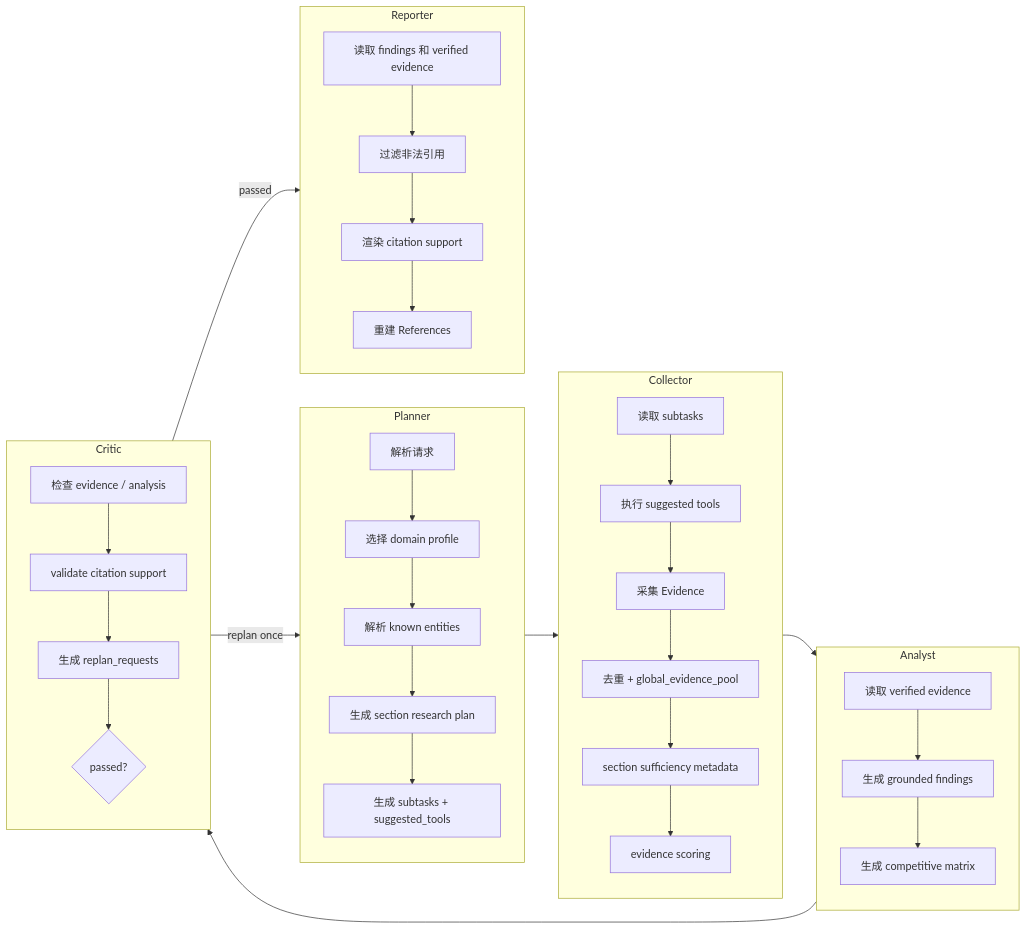
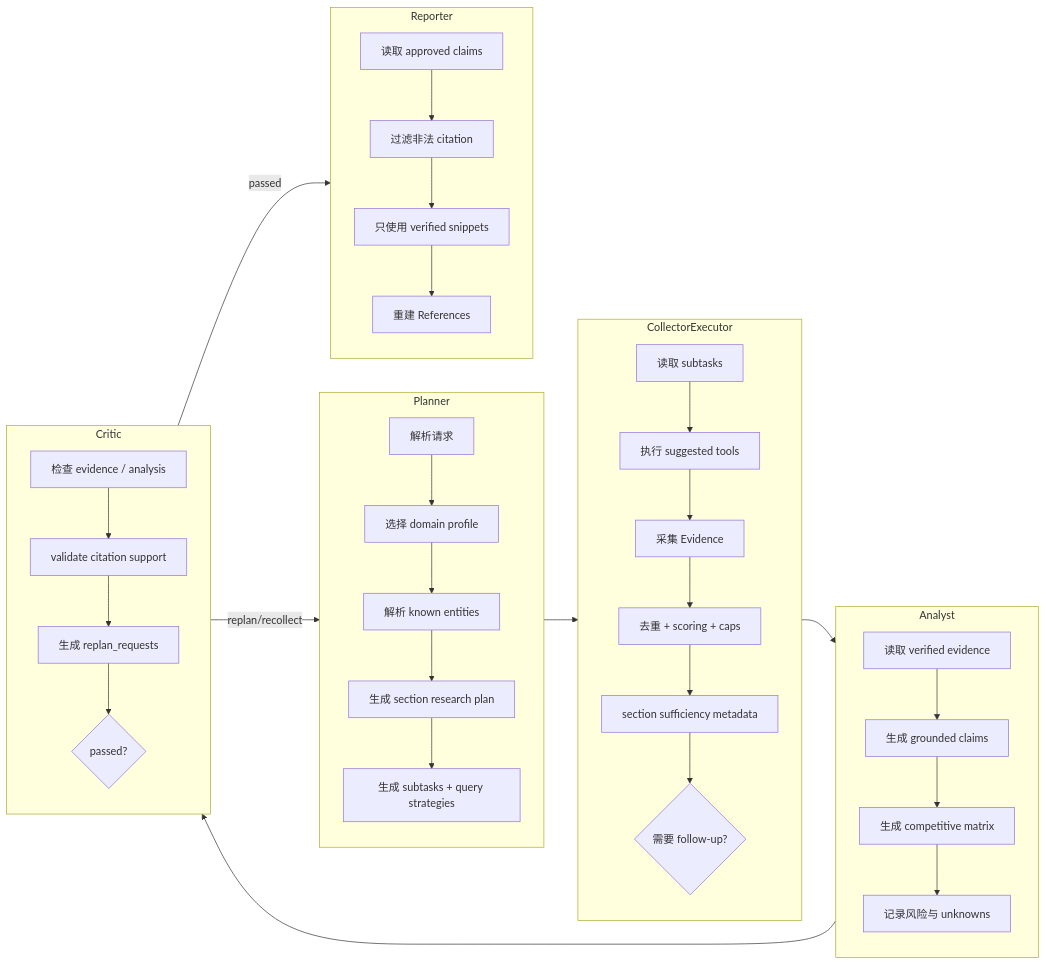
The second of 3 diagrams in README.md (Caser-86/InsightGraph), drawn with Mermaid before and after one commit. The commit also changed other lines of this file and 6 other files, not shown here.

Commit message:
docs: define report quality roadmap

````diff
--- a/README.md
+++ b/README.md
@@ -170,40 +155,41 @@
 ```mermaid
 flowchart LR
     subgraph Planner
         P1[解析请求] --> P2[选择 domain profile]
         P2 --> P3[解析 known entities]
         P3 --> P4[生成 section research plan]
-        P4 --> P5[生成 subtasks + suggested_tools]
+        P4 --> P5[生成 subtasks + query strategies]
     end
 
-    subgraph Collector
+    subgraph CollectorExecutor
         C1[读取 subtasks] --> C2[执行 suggested tools]
         C2 --> C3[采集 Evidence]
-        C3 --> C4[去重 + global_evidence_pool]
+        C3 --> C4[去重 + scoring + caps]
         C4 --> C5[section sufficiency metadata]
-        C5 --> C6[evidence scoring]
+        C5 --> C6{需要 follow-up?}
     end
 
     subgraph Analyst
-        A1[读取 verified evidence] --> A2[生成 grounded findings]
+        A1[读取 verified evidence] --> A2[生成 grounded claims]
         A2 --> A3[生成 competitive matrix]
+        A3 --> A4[记录风险与 unknowns]
     end
 
     subgraph Critic
         Q1[检查 evidence / analysis] --> Q2[validate citation support]
         Q2 --> Q3[生成 replan_requests]
         Q3 --> Q4{passed?}
     end
 
     subgraph Reporter
-        R1[读取 findings 和 verified evidence] --> R2[过滤非法引用]
-        R2 --> R3[渲染 citation support]
+        R1[读取 approved claims] --> R2[过滤非法 citation]
+        R2 --> R3[只使用 verified snippets]
         R3 --> R4[重建 References]
     end
 
-    Planner --> Collector
-    Collector --> Analyst
+    Planner --> CollectorExecutor
+    CollectorExecutor --> Analyst
     Analyst --> Critic
-    Critic -->|replan once| Planner
+    Critic -->|replan/recollect| Planner
     Critic -->|passed| Reporter
 ```
````
